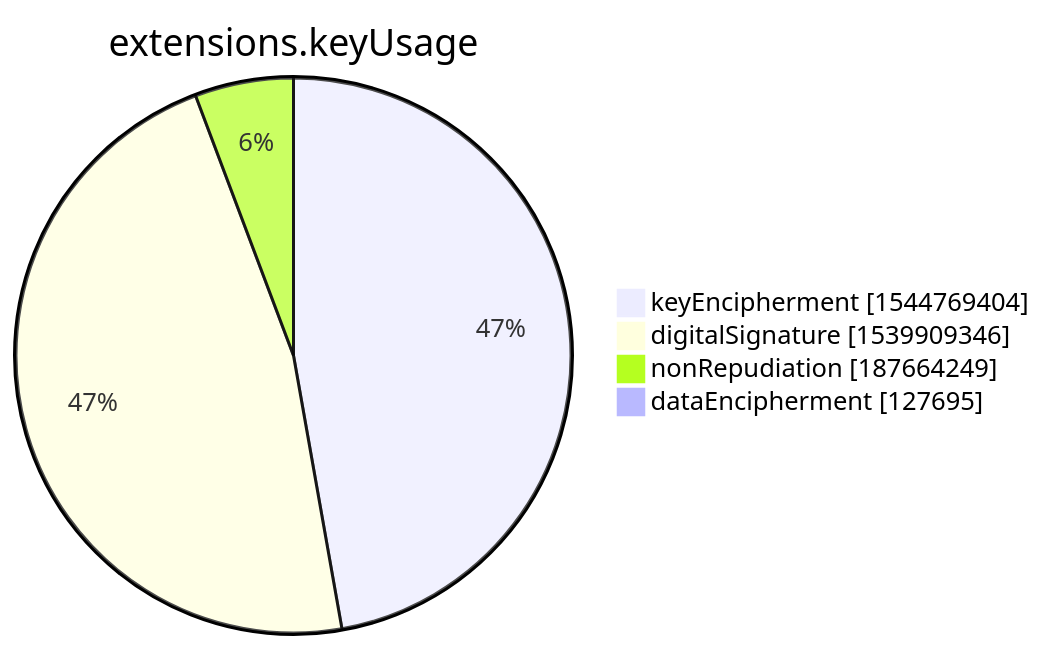
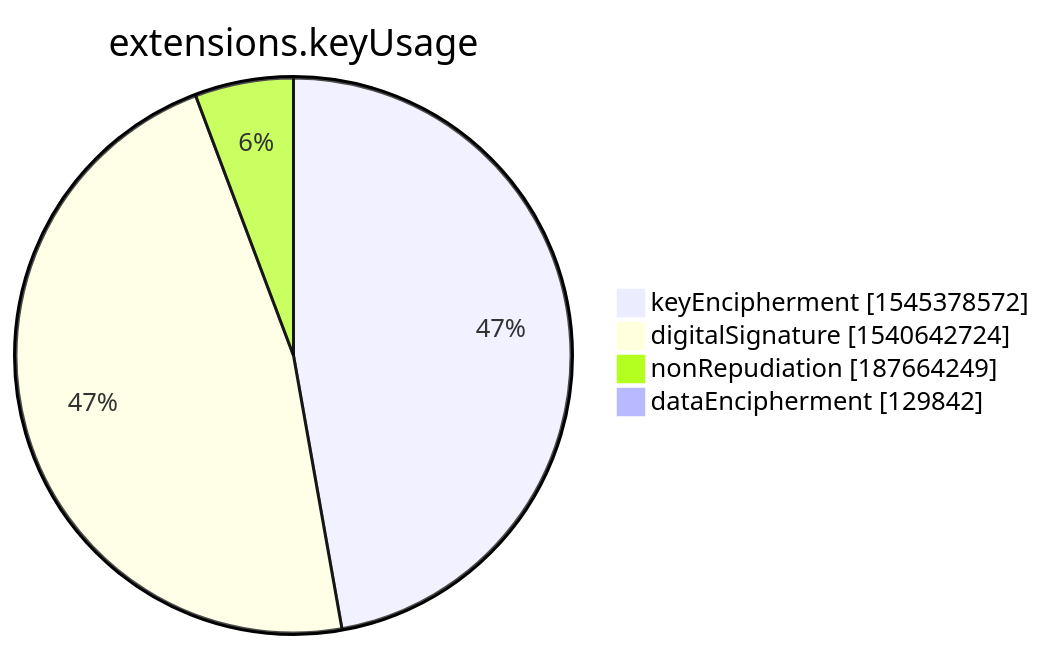
One commit to christiankrug/ctmonitor_visualization changed the seventh of 15 diagrams in xenon2022/README.md. Above: the diagram before and after it, drawn with Mermaid. The commit also changed other lines of this file, not shown here.

````diff
--- a/xenon2022/README.md
+++ b/xenon2022/README.md
@@ -2851,8 +2851,8 @@
 ```mermaid
 pie showData
 title extensions.keyUsage
-"keyEncipherment" :1544769404
-"digitalSignature" :1539909346
+"keyEncipherment" :1545378572
+"digitalSignature" :1540642724
 "nonRepudiation" :187664249
-"dataEncipherment" :127695
+"dataEncipherment" :129842
 ```
````
